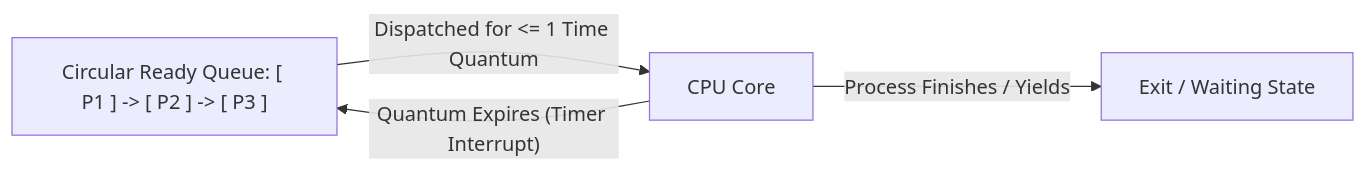
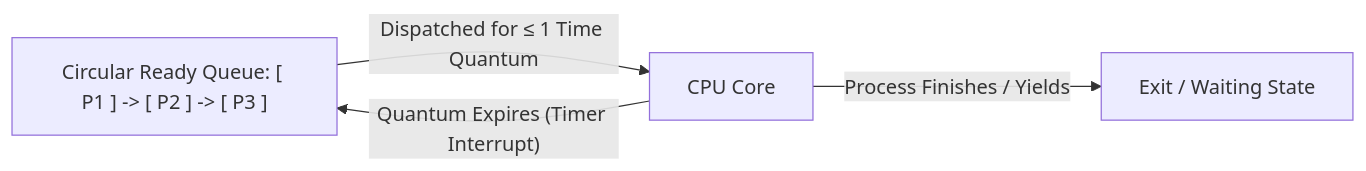
The fifth of 7 diagrams in OS/Unit 1/L06 - Priority and Round Robin Scheduling.md (YatishGowda09/Sem-3-CSE-Notes), drawn with Mermaid before and after one commit. The commit also changed 70 other files, not shown here.

First line of the commit message:
Fix Mermaid diagram syntax for GitHub rendering compatibility

````diff
--- a/OS/Unit 1/L06 - Priority and Round Robin Scheduling.md
+++ b/OS/Unit 1/L06 - Priority and Round Robin Scheduling.md
@@ -235,6 +235,6 @@
 ```mermaid
 flowchart LR
-    READY["Circular Ready Queue: [ P1 ] -> [ P2 ] -> [ P3 ]"] -->|"Dispatched for <= 1 Time Quantum"| CPU["CPU Core"]
+    READY["Circular Ready Queue: [ P1 ] -> [ P2 ] -> [ P3 ]"] -->|"Dispatched for &le; 1 Time Quantum"| CPU["CPU Core"]
     CPU -->|"Quantum Expires (Timer Interrupt)"| READY
     CPU -->|"Process Finishes / Yields"| TERM["Exit / Waiting State"]
 ```
````
